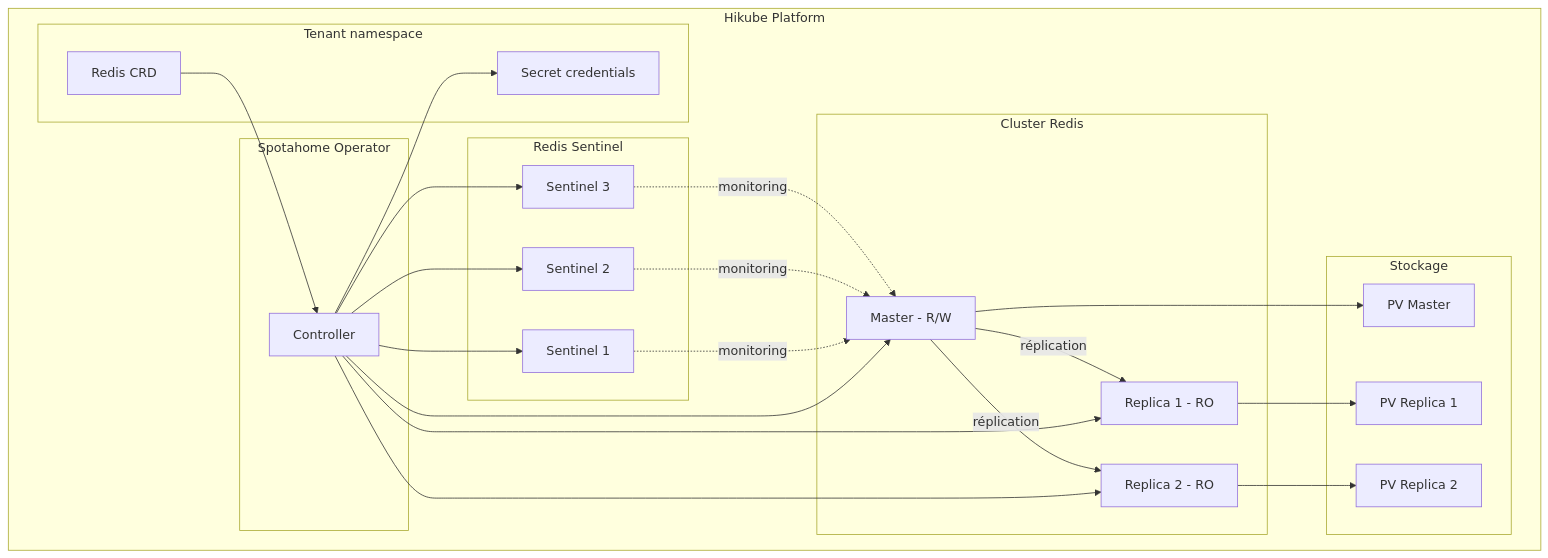
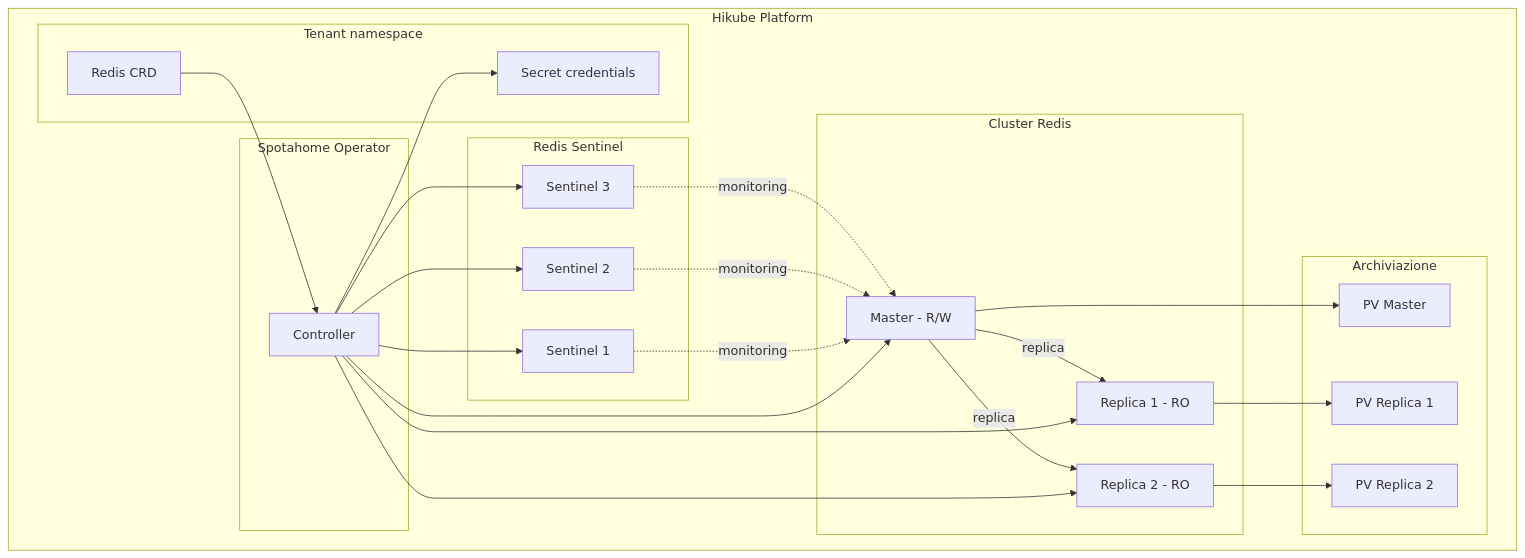
One commit to HidoraSwiss/hikube-public-doc changed the first of 2 diagrams in i18n/it/docusaurus-plugin-content-docs/current/services/databases/redis/concepts.md. Above: the diagram before and after it, drawn with Mermaid. The commit also changed other lines of this file and 121 other files, not shown here.

````diff
--- a/i18n/it/docusaurus-plugin-content-docs/current/services/databases/redis/concepts.md
+++ b/i18n/it/docusaurus-plugin-content-docs/current/services/databases/redis/concepts.md
@@ -12,48 +12,48 @@
 ```mermaid
 graph TB
     subgraph "Hikube Platform"
         subgraph "Tenant namespace"
             CR[Redis CRD]
             SEC[Secret credentials]
         end
 
         subgraph "Spotahome Operator"
             OP[Controller]
         end
 
         subgraph "Cluster Redis"
             M[Master - R/W]
             R1[Replica 1 - RO]
             R2[Replica 2 - RO]
         end
 
         subgraph "Redis Sentinel"
             S1[Sentinel 1]
             S2[Sentinel 2]
             S3[Sentinel 3]
         end
 
-        subgraph "Stockage"
+        subgraph "Archiviazione"
             PV1[PV Master]
             PV2[PV Replica 1]
             PV3[PV Replica 2]
         end
     end
 
     CR --> OP
     OP --> M
     OP --> R1
     OP --> R2
     OP --> S1
     OP --> S2
     OP --> S3
-    M -->|réplication| R1
-    M -->|réplication| R2
+    M -->|replica| R1
+    M -->|replica| R2
     S1 -.->|monitoring| M
     S2 -.->|monitoring| M
     S3 -.->|monitoring| M
     M --> PV1
     R1 --> PV2
     R2 --> PV3
     OP --> SEC
 ```
````
